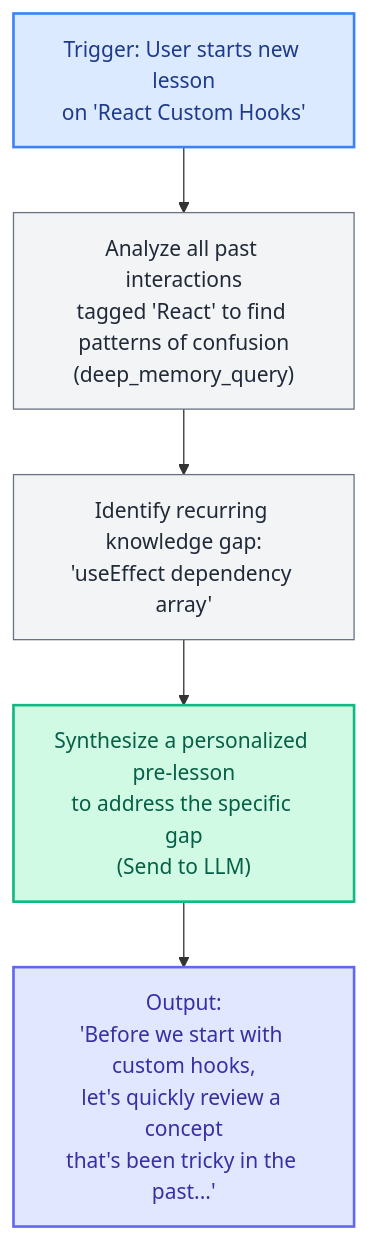
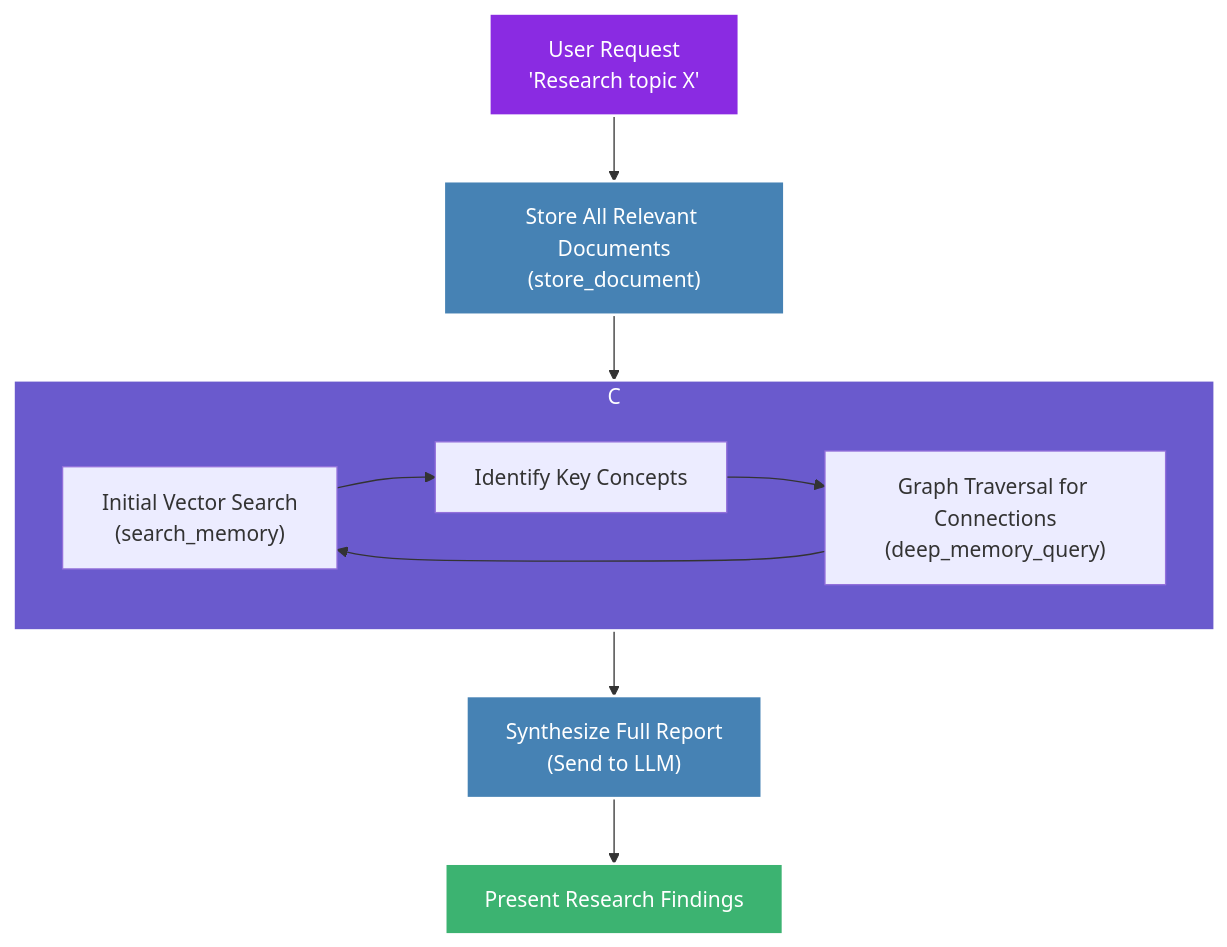
One commit to jean-technologies/jean-memory changed the third of 4 diagrams in openmemory/ui/docs-mintlify/context-engineering.mdx. Above: the diagram before and after it, drawn with Mermaid. The commit also changed other lines of this file and 1 other file, not shown here.

Commit message:
overview for review

````diff
--- a/openmemory/ui/docs-mintlify/context-engineering.mdx
+++ b/openmemory/ui/docs-mintlify/context-engineering.mdx
@@ -102,17 +103,23 @@
-  ```mermaid
-  graph TD;
-      A["Trigger: User starts new lesson<br/>on 'React Custom Hooks'"] --> B["Analyze all past interactions<br/>tagged 'React' to find patterns of confusion<br/>(deep_memory_query)"];
-      B --> C["Identify recurring knowledge gap:<br/>'useEffect dependency array'"];
-      C --> D["Synthesize a personalized pre-lesson<br/>to address the specific gap<br/>(Send to LLM)"];
-      D --> E["Output:<br/>'Before we start with custom hooks,<br/>let's quickly review a concept<br/>that's been tricky in the past...'"];
-  
-      classDef trigger fill:#DBEAFE,stroke:#3B82F6,stroke-width:2px,color:#1E3A8A;
-      classDef process fill:#F3F4F6,stroke:#6B7280,stroke-width:1px,color:#1F2937;
-      classDef synthesis fill:#D1FAE5,stroke:#10B981,stroke-width:2px,color:#065F46;
-      classDef output fill:#E0E7FF,stroke:#6366F1,stroke-width:2px,color:#3730A3;
-  
-      class A trigger;
-      class B,C process;
-      class D synthesis;
-      class E output;
-  ```
+    ```mermaid
+    graph TD;
+        A["User Request<br/>'Research topic X'"] --> B["Store All Relevant Documents<br/>(store_document)"];
+        B --> C["Iterative Search & Analysis"];
+        subgraph C
+            direction LR
+            C1["Initial Vector Search<br/>(search_memory)"] --> C2["Identify Key Concepts"];
+            C2 --> C3["Graph Traversal for Connections<br/>(deep_memory_query)"];
+            C3 --> C1;
+        end
+        C --> D["Synthesize Full Report<br/>(Send to LLM)"];
+        D --> E["Present Research Findings"];
+
+        classDef trigger fill:#8A2BE2,stroke:#FFF,stroke-width:2px,color:#FFF;
+        classDef process fill:#4682B4,stroke:#FFF,stroke-width:2px,color:#FFF;
+        classDef loop fill:#6A5ACD,stroke:#FFF,stroke-width:2px,color:#FFF;
+        classDef output fill:#3CB371,stroke:#FFF,stroke-width:2px,color:#FFF;
+        
+        class A trigger;
+        class B,D process;
+        class C loop;
+        class E output;
+    ```
````
